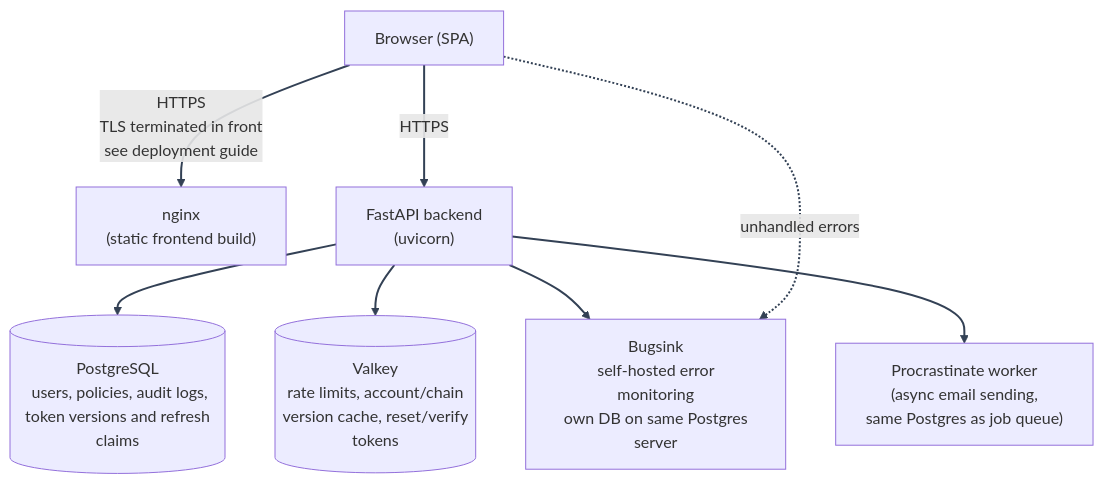
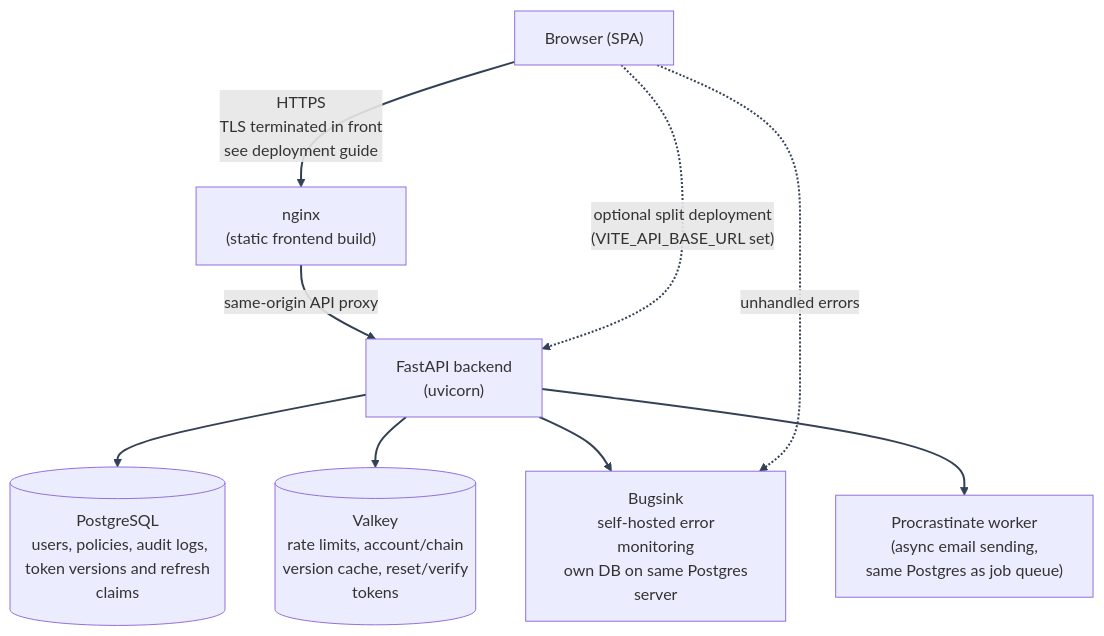
The first of 2 diagrams in docs/mystic_auth/architecture/system-overview.md (Nachiket-2024/mystic-auth), drawn with Mermaid before and after one commit. The commit also changed 181 other files, not shown here.

````diff
--- a/docs/mystic_auth/architecture/system-overview.md
+++ b/docs/mystic_auth/architecture/system-overview.md
@@ -12,15 +12,16 @@
 ```mermaid
 %%{init: {"themeVariables": {"lineColor": "#334155"}} }%%
 flowchart TD
     Browser["Browser (SPA)"]
     Browser -- "HTTPS\n TLS terminated in front\n see deployment guide" --> Nginx
-    Browser -- HTTPS --> Backend
+    Nginx -- "same-origin API proxy" --> Backend
+    Browser -. "optional split deployment\n(VITE_API_BASE_URL set)" .-> Backend
     Nginx["nginx\n (static frontend build)"]
     Backend["FastAPI backend\n (uvicorn)"]
     Backend --> Postgres[("PostgreSQL\n users, policies, audit logs,\n token versions and refresh claims")]
     Backend --> Valkey[("Valkey\n rate limits, account/chain\n version cache, reset/verify\n tokens")]
     Backend --> Bugsink["Bugsink\n self-hosted error monitoring\n own DB on same Postgres server"]
     Browser -. "unhandled errors" .-> Bugsink
     Backend --> Procrastinate["Procrastinate worker\n (async email sending,\n same Postgres as job queue)"]
     linkStyle default stroke:#334155,stroke-width:2px
 ```
````
